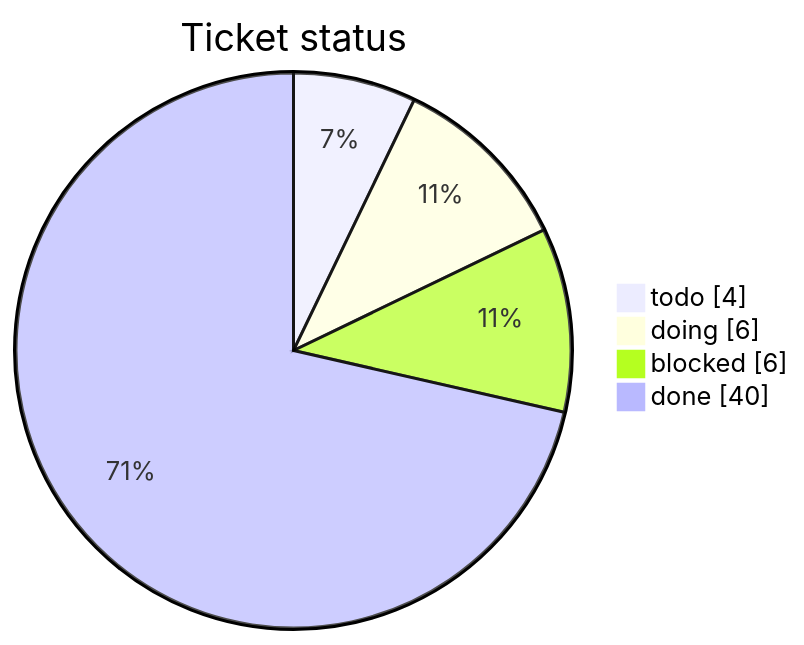
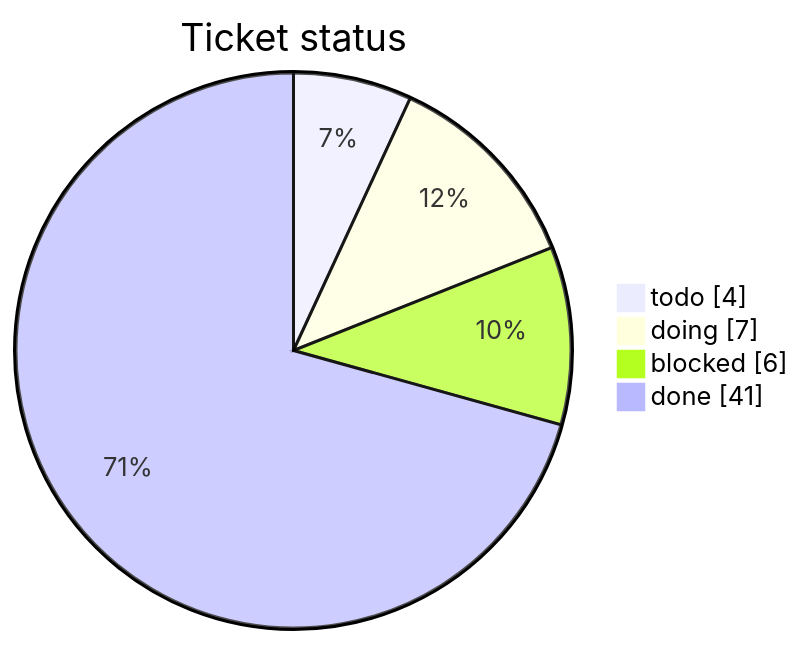
The first of 3 diagrams in tickets/TICKETS.md (mohamed-soubhi/bootlab-esp), drawn with Mermaid before and after one commit. The commit also changed other lines of this file and 3 other files, not shown here.

````diff
--- a/tickets/TICKETS.md
+++ b/tickets/TICKETS.md
@@ -14,7 +14,7 @@
 ```mermaid
 pie showData title Ticket status
     "todo" : 4
-    "doing" : 6
+    "doing" : 7
     "blocked" : 6
-    "done" : 40
+    "done" : 41
 ```
````
